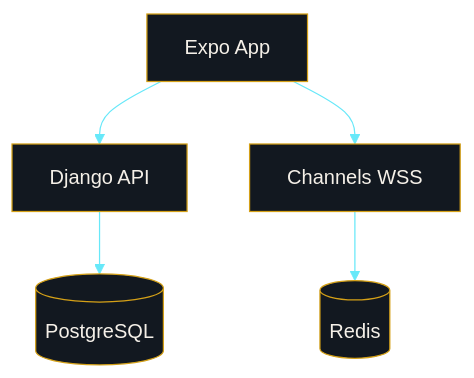
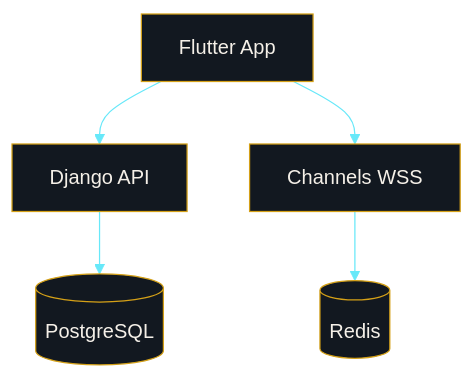
Before and after one commit to MaximeKELI/AFRICHESS: the ninth of 15 diagrams in README.md, drawn with Mermaid. The commit also changed other lines of this file and 1 other file, not shown here.

````diff
--- a/README.md
+++ b/README.md
@@ -644,21 +644,21 @@
 ```mermaid
 %%{init: {
   "theme": "base",
   "themeVariables": {
     "primaryColor": "#1B7A3D",
     "primaryTextColor": "#F5F0E8",
     "primaryBorderColor": "#D4A017",
     "lineColor": "#67E8F9",
     "background": "#0A0E14",
     "mainBkg": "#121820",
     "nodeBorder": "#D4A017",
     "clusterBkg": "#0D1117",
     "titleColor": "#D4A017"
   }
 }}%%
 flowchart TB
-  EXPO[Expo App] --> API[Django API]
-  EXPO --> WS[Channels WSS]
+  FLUTTER[Flutter App] --> API[Django API]
+  FLUTTER --> WS[Channels WSS]
   API --> PG[(PostgreSQL)]
   WS --> RD[(Redis)]
 ```
````
